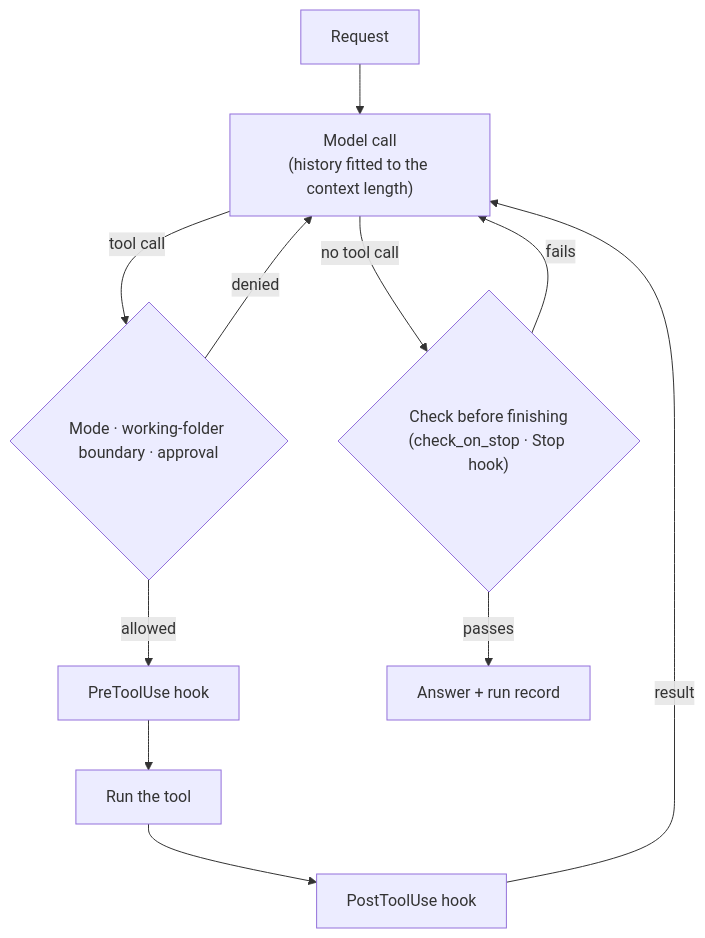
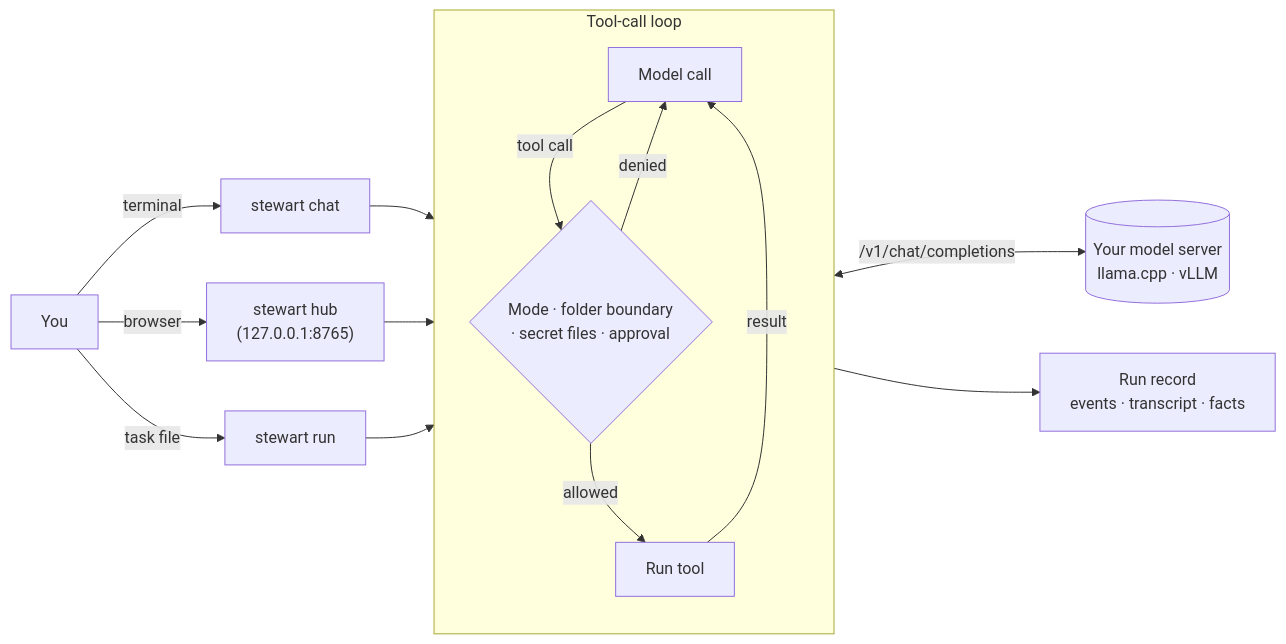
Before and after one commit to midopa-dept/stewart: the diagram in README.en.md, drawn with Mermaid. The commit also changed other lines of this file and 33 other files, not shown here.

First line of the commit message:
stewart: doc_search, web tools in chat and hub, copy buttons, new README

````diff
--- a/README.en.md
+++ b/README.en.md
@@ -17,13 +15,18 @@
 ```mermaid
-flowchart TD
-    A["Request"] --> B["Model call<br/>(history fitted to the context length)"]
-    B -->|tool call| C{"Mode · working-folder boundary · approval"}
-    C -->|denied| B
-    C -->|allowed| D["PreToolUse hook"]
-    D --> E["Run the tool"]
-    E --> F["PostToolUse hook"]
-    F -->|result| B
-    B -->|no tool call| G{"Check before finishing<br/>(check_on_stop · Stop hook)"}
-    G -->|fails| B
-    G -->|passes| H["Answer + run record"]
+flowchart LR
+    U["You"] -->|terminal| C["stewart chat"]
+    U -->|browser| H["stewart hub<br/>(127.0.0.1:8765)"]
+    U -->|task file| R["stewart run"]
+    C --> L
+    H --> L
+    R --> L
+    subgraph L["Tool-call loop"]
+        direction TB
+        M["Model call"] -->|tool call| G{"Mode · folder boundary<br/>· secret files · approval"}
+        G -->|allowed| T["Run tool"]
+        T -->|result| M
+        G -->|denied| M
+    end
+    M <-->|"/v1/chat/completions"| S[("Your model server<br/>llama.cpp · vLLM")]
+    L --> K["Run record<br/>events · transcript · facts"]
 ```
````
